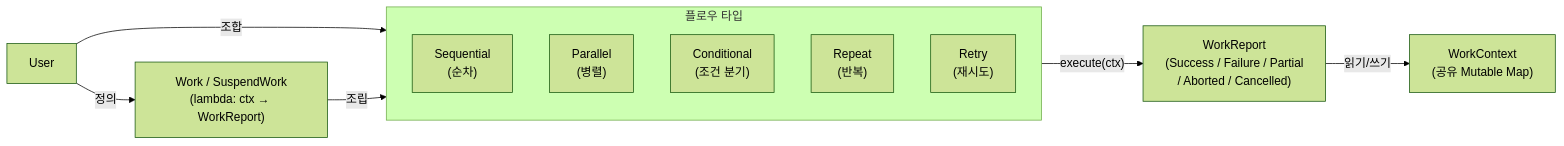
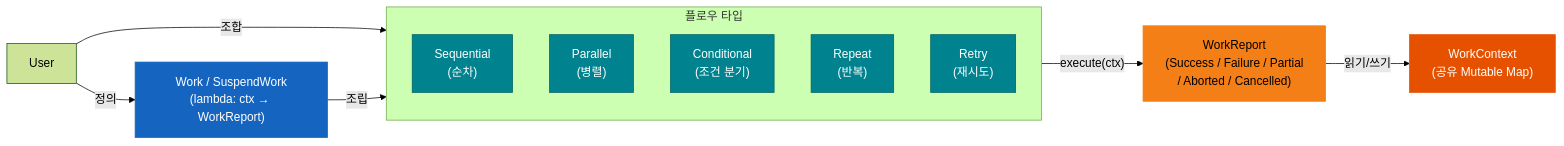
One commit to bluetape4k/bluetape4k-projects changed the first of 8 diagrams in utils/workflow/README.ko.md. Above: the diagram before and after it, drawn with Mermaid (forest theme). The commit also changed other lines of this file and 221 other files, not shown here.

First line of the commit message:
docs: 전체 모듈 README UML 다이어그램 보강 및 색상 업그레이드

````diff
--- a/utils/workflow/README.ko.md
+++ b/utils/workflow/README.ko.md
@@ -15,16 +15,27 @@
 ```mermaid
 flowchart LR
     subgraph Flows["플로우 타입"]
         SF["Sequential\n(순차)"]
         PF["Parallel\n(병렬)"]
         CF["Conditional\n(조건 분기)"]
         RF["Repeat\n(반복)"]
         RT["Retry\n(재시도)"]
     end
 
     User -->|"정의"| W["Work / SuspendWork\n(lambda: ctx → WorkReport)"]
     User -->|"조합"| Flows
     W -->|"조립"| Flows
     Flows -->|"execute(ctx)"| WR["WorkReport\n(Success / Failure / Partial\n/ Aborted / Cancelled)"]
     WR -->|"읽기/쓰기"| WC["WorkContext\n(공유 Mutable Map)"]
+
+    classDef coreStyle fill:#1B5E20,stroke:#1B5E20,color:#FFFFFF,font-weight:bold
+    classDef serviceStyle fill:#1565C0,stroke:#1565C0,color:#FFFFFF
+    classDef utilStyle fill:#E65100,stroke:#E65100,color:#FFFFFF
+    classDef dataStyle fill:#F57F17,stroke:#F57F17,color:#000000
+    classDef dslStyle fill:#00838F,stroke:#006064,color:#FFFFFF
+
+    class SF,PF,CF,RF,RT dslStyle
+    class W serviceStyle
+    class WR dataStyle
+    class WC utilStyle
 ```
````
